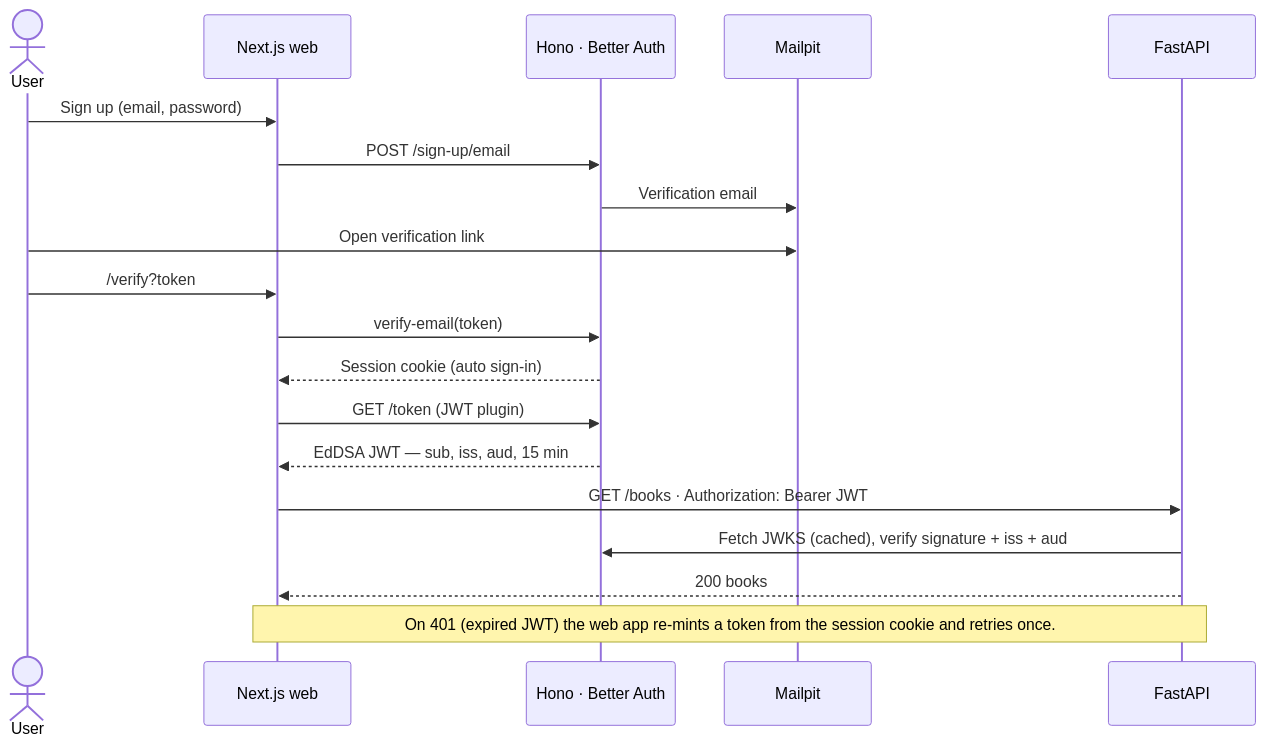
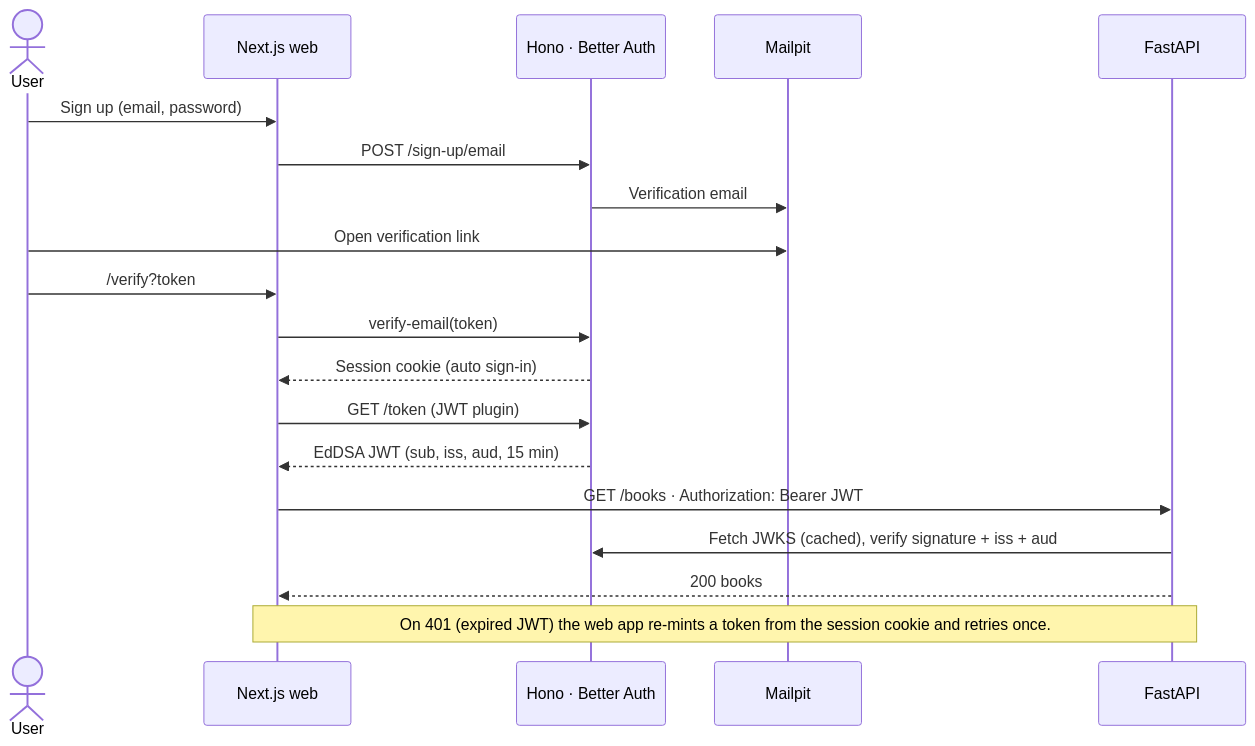
Before and after one commit to smmariquit/library: the second of 3 diagrams in README.md, drawn with Mermaid. The commit also changed other lines of this file and 1 other file, not shown here.

````diff
--- a/README.md
+++ b/README.md
@@ -163,21 +163,21 @@
 ```mermaid
 sequenceDiagram
     actor U as User
     participant W as Next.js web
     participant A as Hono · Better Auth
     participant M as Mailpit
     participant F as FastAPI
     U->>W: Sign up (email, password)
     W->>A: POST /sign-up/email
     A->>M: Verification email
     U->>M: Open verification link
     U->>W: /verify?token
     W->>A: verify-email(token)
     A-->>W: Session cookie (auto sign-in)
     W->>A: GET /token (JWT plugin)
-    A-->>W: EdDSA JWT — sub, iss, aud, 15 min
+    A-->>W: EdDSA JWT (sub, iss, aud, 15 min)
     W->>F: GET /books · Authorization: Bearer JWT
     F->>A: Fetch JWKS (cached), verify signature + iss + aud
     F-->>W: 200 books
     Note over W,F: On 401 (expired JWT) the web app re-mints a token from the session cookie and retries once.
 ```
````
